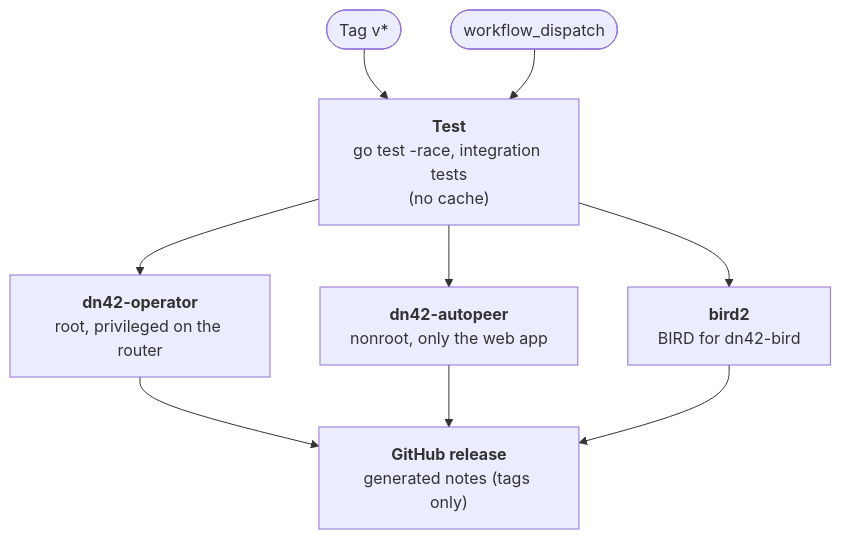
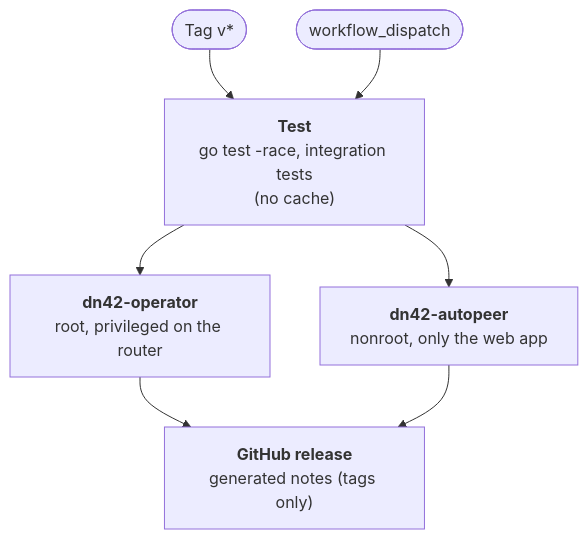
Before and after one commit to oscrx/dn42-operator: the second of 3 diagrams in .github/PIPELINE.md, drawn with Mermaid. The commit also changed other lines of this file and 6 other files, not shown here.

````diff
--- a/.github/PIPELINE.md
+++ b/.github/PIPELINE.md
@@ -37,14 +38,13 @@
 ```mermaid
 flowchart TD
     tag(["Tag v*"])
     dispatch(["workflow_dispatch"])
 
     tag --> test
     dispatch --> test
 
     test["<b>Test</b><br/>go test -race, integration tests<br/>(no cache)"]
     test --> operator["<b>dn42-operator</b><br/>root, privileged on the router"]
     test --> autopeer["<b>dn42-autopeer</b><br/>nonroot, only the web app"]
-    test --> bird["<b>bird2</b><br/>BIRD for dn42-bird"]
-    operator & autopeer & bird --> release["<b>GitHub release</b><br/>generated notes (tags only)"]
+    operator & autopeer --> release["<b>GitHub release</b><br/>generated notes (tags only)"]
 ```
````
